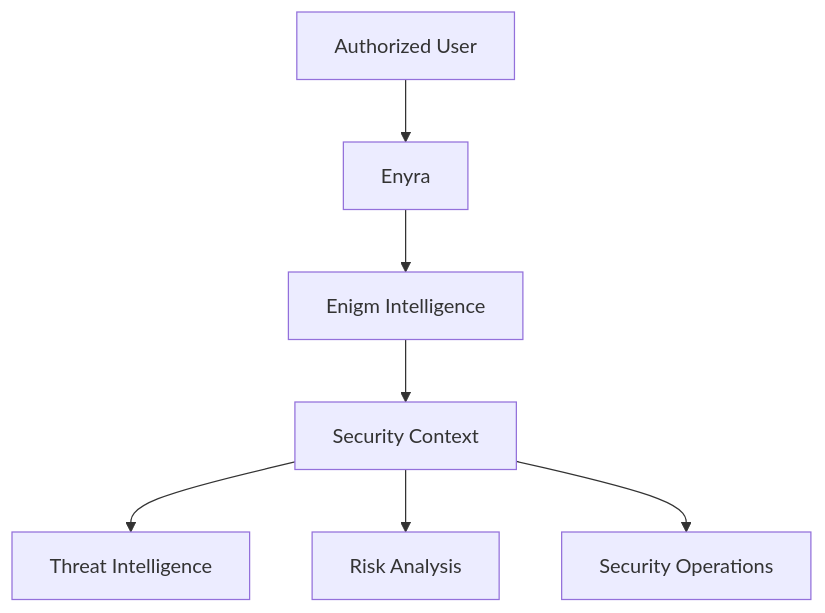
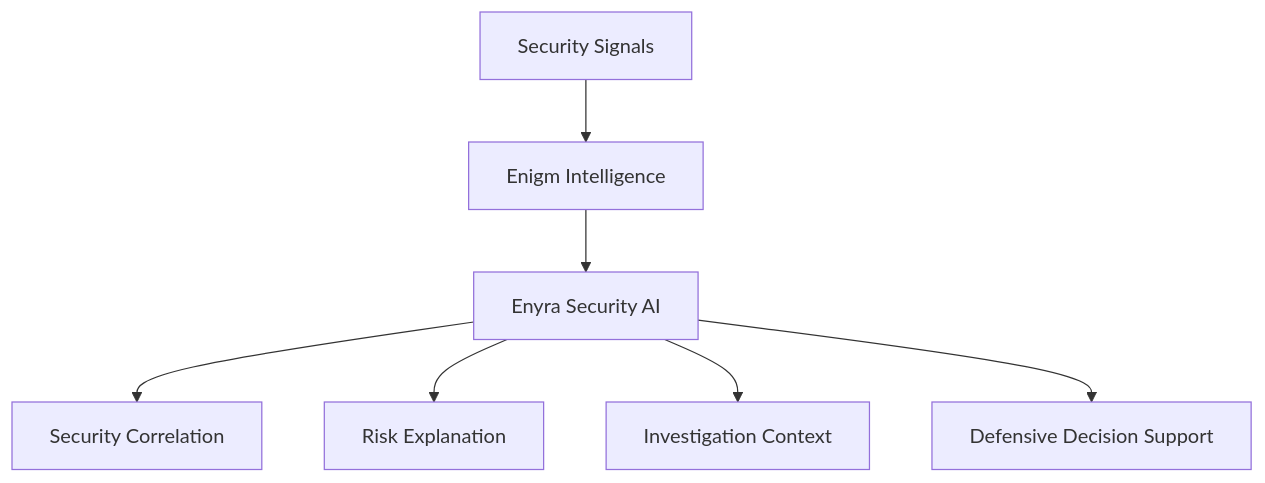
Before and after one commit to enigm-llc/docs: the diagram in intelligence/enyra.mdx, drawn with Mermaid. The commit also changed other lines of this file and 7 other files, not shown here.

Commit message:
Clarify Enyra security intelligence role

````diff
--- a/intelligence/enyra.mdx
+++ b/intelligence/enyra.mdx
@@ -15,17 +17,17 @@
 ```mermaid
 flowchart TD
-  User["Authorized User"]
-  Enyra["Enyra"]
+  Signals["Security Signals"]
   Intelligence["Enigm Intelligence"]
-  Context["Security Context"]
-  TI["Threat Intelligence"]
-  Risk["Risk Analysis"]
-  Ops["Security Operations"]
+  Enyra["Enyra Security AI"]
+  Correlation["Security Correlation"]
+  Risk["Risk Explanation"]
+  Investigation["Investigation Context"]
+  Response["Defensive Decision Support"]
 
-  User --> Enyra
-  Enyra --> Intelligence
-  Intelligence --> Context
-  Context --> TI
-  Context --> Risk
-  Context --> Ops
+  Signals --> Intelligence
+  Intelligence --> Enyra
+  Enyra --> Correlation
+  Enyra --> Risk
+  Enyra --> Investigation
+  Enyra --> Response
 ```
````
